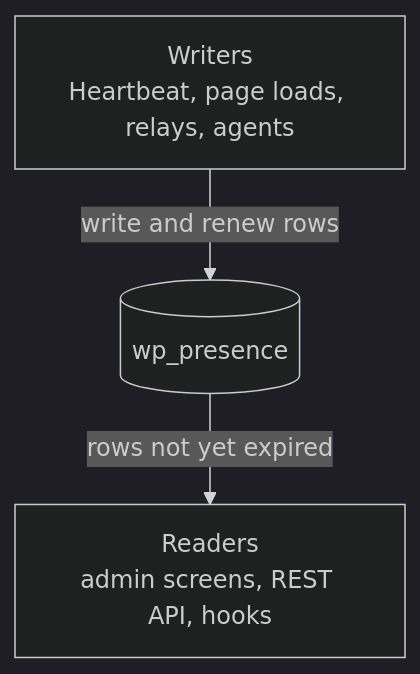
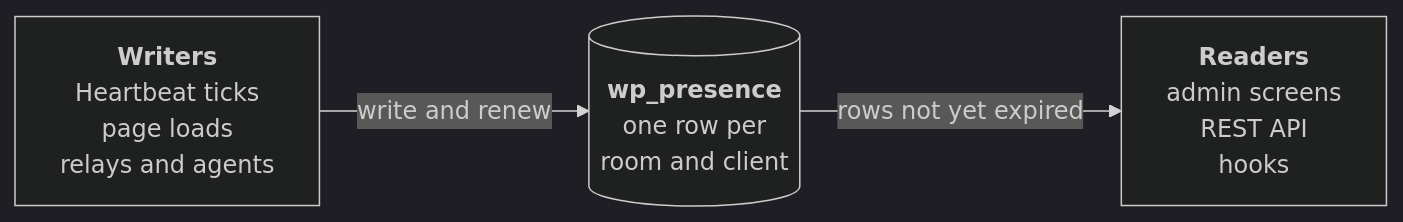
The diagram in docs/README.md (WordPress/presence-api), drawn with Mermaid (dark theme) before and after one commit. The commit also changed other lines of this file, not shown here.

Commit message:
docs: lay out the docs home as a wide diagram and two tables

````diff
--- a/docs/README.md
+++ b/docs/README.md
@@ -7,7 +5,7 @@
 ```mermaid
-flowchart TB
+flowchart LR
 	accTitle: How presence moves through the system
-	accDescr: Writers such as Heartbeat, page loads, relays and agents write rows to the wp_presence table. Readers such as admin screens, the REST API and hooks read the rows that have not expired.
-	W["Writers<br/>Heartbeat, page loads, relays, agents"] -->|write and renew rows| T[("wp_presence")]
-	T -->|rows not yet expired| R["Readers<br/>admin screens, REST API, hooks"]
+	accDescr: Writers such as Heartbeat ticks, page loads, relays and agents write and renew rows in the wp_presence table. Readers such as admin screens, the REST API and hooks read the rows that have not expired.
+	W["<b>Writers</b><br/>Heartbeat ticks<br/>page loads<br/>relays and agents"] -->|write and renew| T[("<b>wp_presence</b><br/>one row per<br/>room and client")]
+	T -->|rows not yet expired| R["<b>Readers</b><br/>admin screens<br/>REST API<br/>hooks"]
 ```
````
